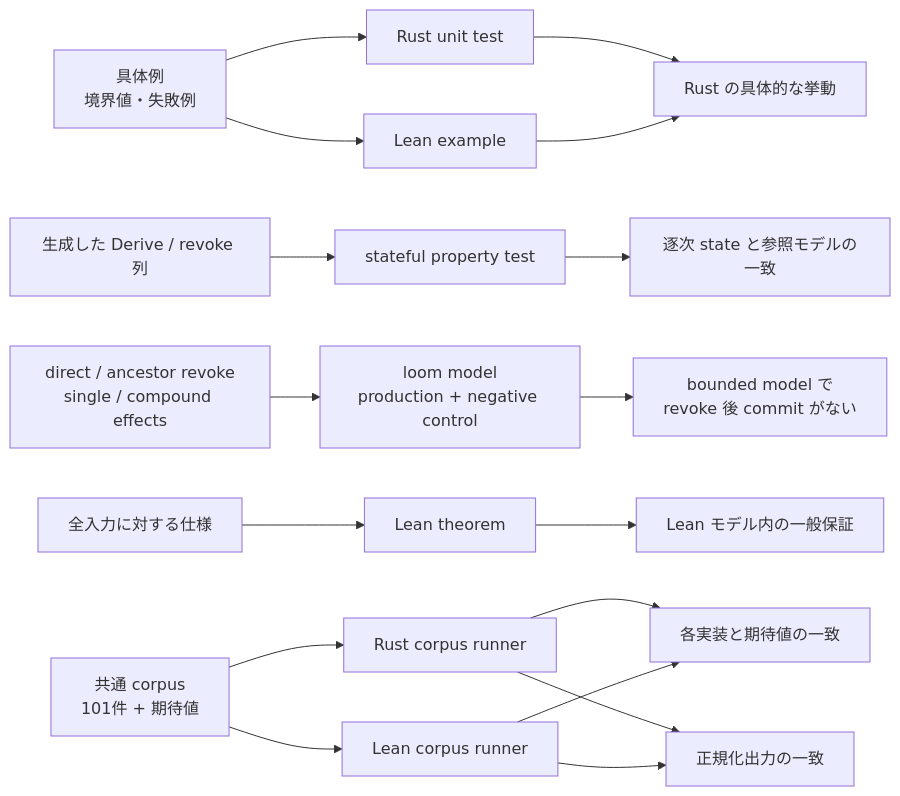
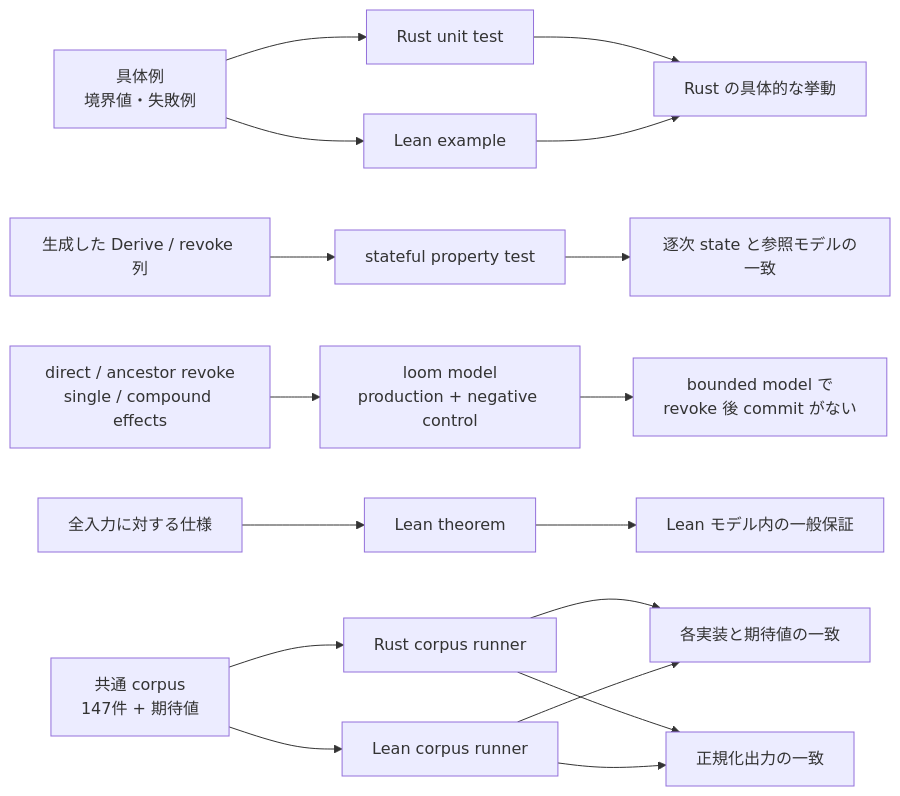
One commit to Aqua-218/SecCamp-AIAgent changed the diagram in docs/authority-core/verification.md. Above: the diagram before and after it, drawn with Mermaid. The commit also changed other lines of this file and 10 other files, not shown here.

````diff
--- a/docs/authority-core/verification.md
+++ b/docs/authority-core/verification.md
@@ -22,20 +22,20 @@
 ```mermaid
 flowchart LR
     examples["具体例<br/>境界値・失敗例"] --> rust["Rust unit test"]
     sequences["生成した Derive / revoke 列"] --> property["stateful property test"]
     races["direct / ancestor revoke<br/>single / compound effects"] --> loom["loom model<br/>production + negative control"]
     examples --> leanExample["Lean example"]
     spec["全入力に対する仕様"] --> theorem["Lean theorem"]
-    corpus["共通 corpus<br/>101件 + 期待値"] --> rustRunner["Rust corpus runner"]
+    corpus["共通 corpus<br/>147件 + 期待値"] --> rustRunner["Rust corpus runner"]
     corpus --> leanRunner["Lean corpus runner"]
 
     rust --> confidence["Rust の具体的な挙動"]
     property --> stateConfidence["逐次 state と参照モデルの一致"]
     loom --> raceConfidence["bounded model で<br/>revoke 後 commit がない"]
     leanExample --> confidence
     theorem --> guarantee["Lean モデル内の一般保証"]
     rustRunner --> oracle["各実装と期待値の一致"]
     leanRunner --> oracle
     rustRunner --> diff["正規化出力の一致"]
     leanRunner --> diff
 ```
````
